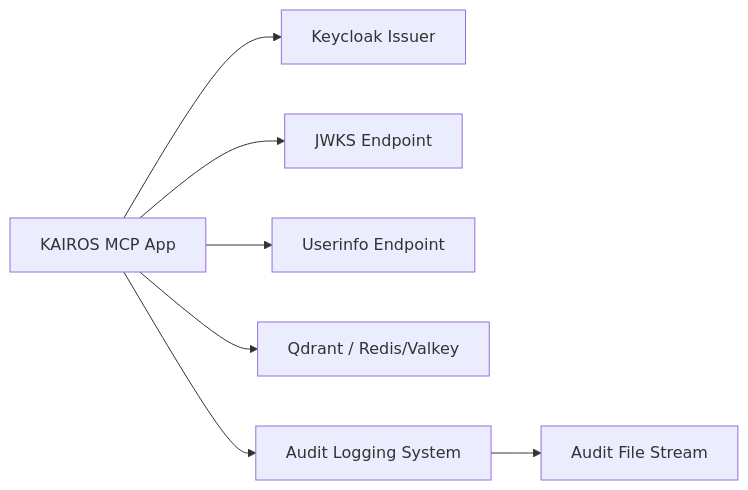
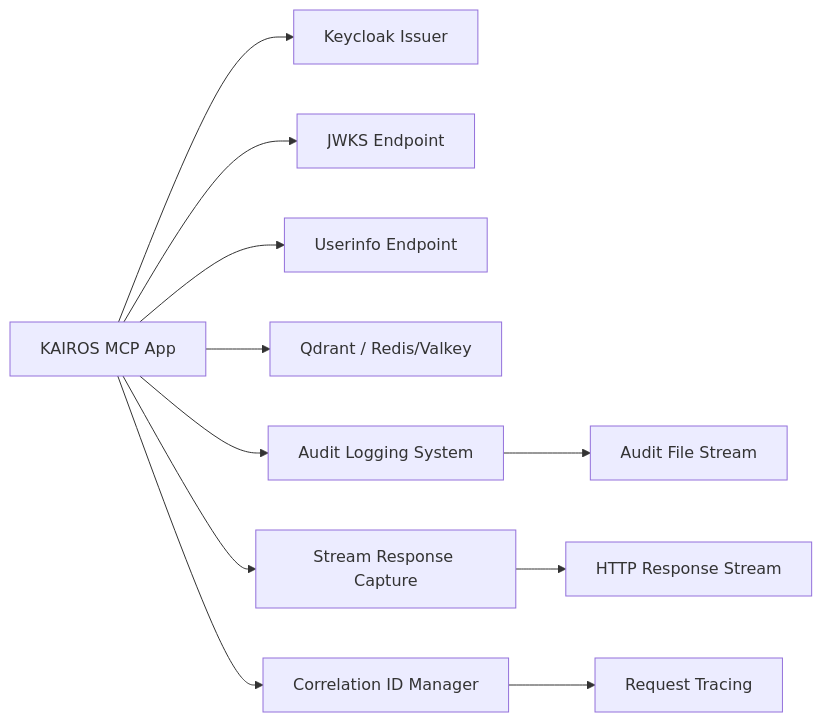
The fifth of 5 diagrams in .qoder/repowiki/en/content/Security Considerations.md (debian777/kairos-mcp), drawn with Mermaid before and after one commit. The commit also changed other lines of this file and 5 other files, not shown here.

First line of the commit message:
fix(audit): capture response at transport.send() level

````diff
--- a/.qoder/repowiki/en/content/Security Considerations.md
+++ b/.qoder/repowiki/en/content/Security Considerations.md
@@ -365,9 +406,13 @@
 ```mermaid
 graph LR
 APP["KAIROS MCP App"] --> ISSUER["Keycloak Issuer"]
 APP --> JWKS["JWKS Endpoint"]
 APP --> USERINFO["Userinfo Endpoint"]
 APP --> STORE["Qdrant / Redis/Valkey"]
 APP --> AUDIT["Audit Logging System"]
+APP --> RESP_CAPTURE["Stream Response Capture"]
+APP --> CORR_ID["Correlation ID Manager"]
 AUDIT --> FILE["Audit File Stream"]
+RESP_CAPTURE --> STREAM["HTTP Response Stream"]
+CORR_ID --> TRACE["Request Tracing"]
 ```
````
